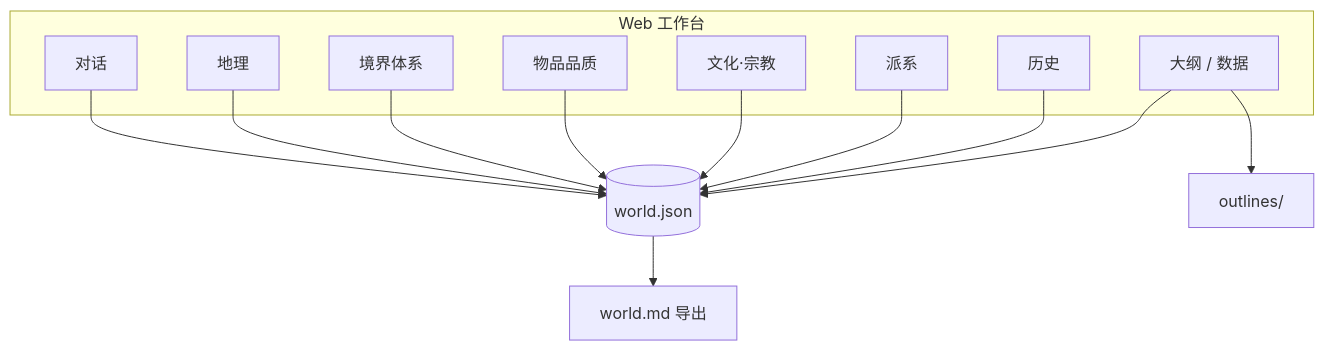
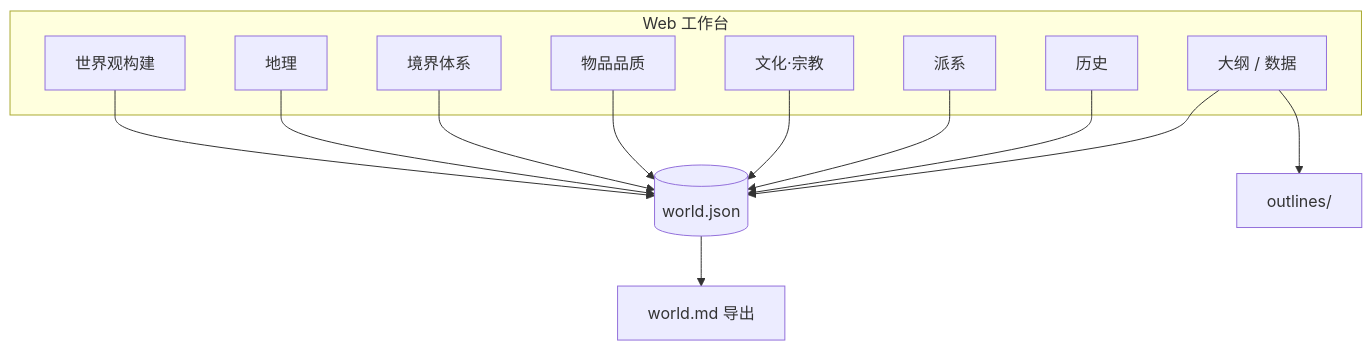
Before and after one commit to Lucas-Wang-THU/Magic_Creater_World: the second of 3 diagrams in README.md, drawn with Mermaid. The commit also changed other lines of this file and 26 other files, not shown here.

````diff
--- a/README.md
+++ b/README.md
@@ -78,27 +78,27 @@
 ```mermaid
 flowchart TB
   subgraph UI["Web 工作台"]
-    CHAT[对话]
+    CHAT[世界观构建]
     GEO[地理]
     POW[境界体系]
     ITEM[物品品质]
     CUL[文化·宗教]
     FAC[派系]
     HIS[历史]
     OUT[大纲 / 数据]
   end
   JSON[(world.json)]
   MD[world.md 导出]
   OL[outlines/]
 
   CHAT --> JSON
   GEO --> JSON
   POW --> JSON
   ITEM --> JSON
   CUL --> JSON
   FAC --> JSON
   HIS --> JSON
   JSON --> MD
   OUT --> OL
   OUT --> JSON
 ```
````
